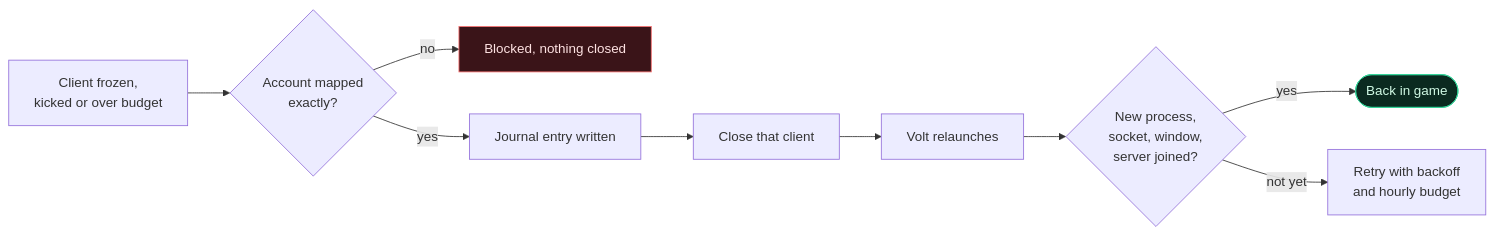
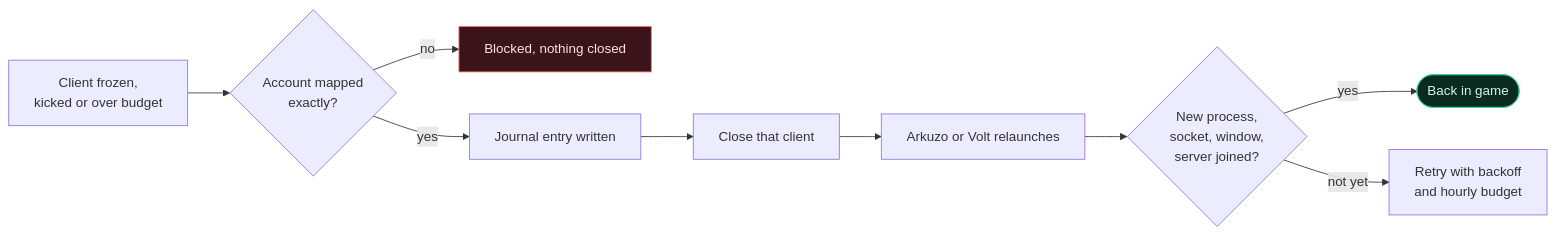
One commit to arkuzodev/arkuzo-memory-saver changed the second of 2 diagrams in README.md. Above: the diagram before and after it, drawn with Mermaid. The commit also changed other lines of this file and 9 other files, not shown here.

````diff
--- a/README.md
+++ b/README.md
@@ -138,15 +138,15 @@
 ```mermaid
 flowchart LR
     A[Client frozen,<br>kicked or over budget] --> B{Account mapped<br>exactly?}
     B -- no --> X[Blocked, nothing closed]
     B -- yes --> C[Journal entry written]
     C --> D[Close that client]
-    D --> E[Volt relaunches]
+    D --> E[Arkuzo or Volt relaunches]
     E --> F{New process,<br>socket, window,<br>server joined?}
     F -- yes --> G([Back in game])
     F -- not yet --> H[Retry with backoff<br>and hourly budget]
     classDef bad fill:#3a1418,stroke:#f87171,color:#fee2e2
     classDef ok fill:#0b2a20,stroke:#34d399,color:#d1fae5
     class X bad
     class G ok
 ```
````
